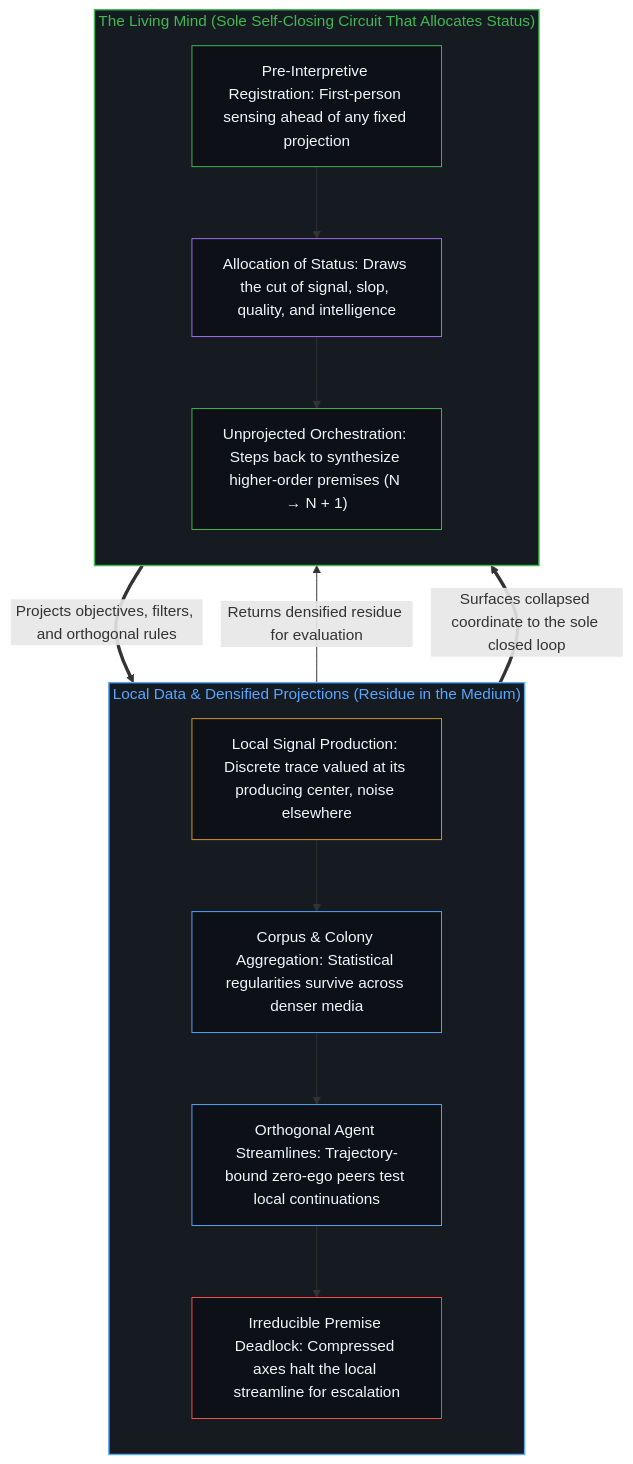
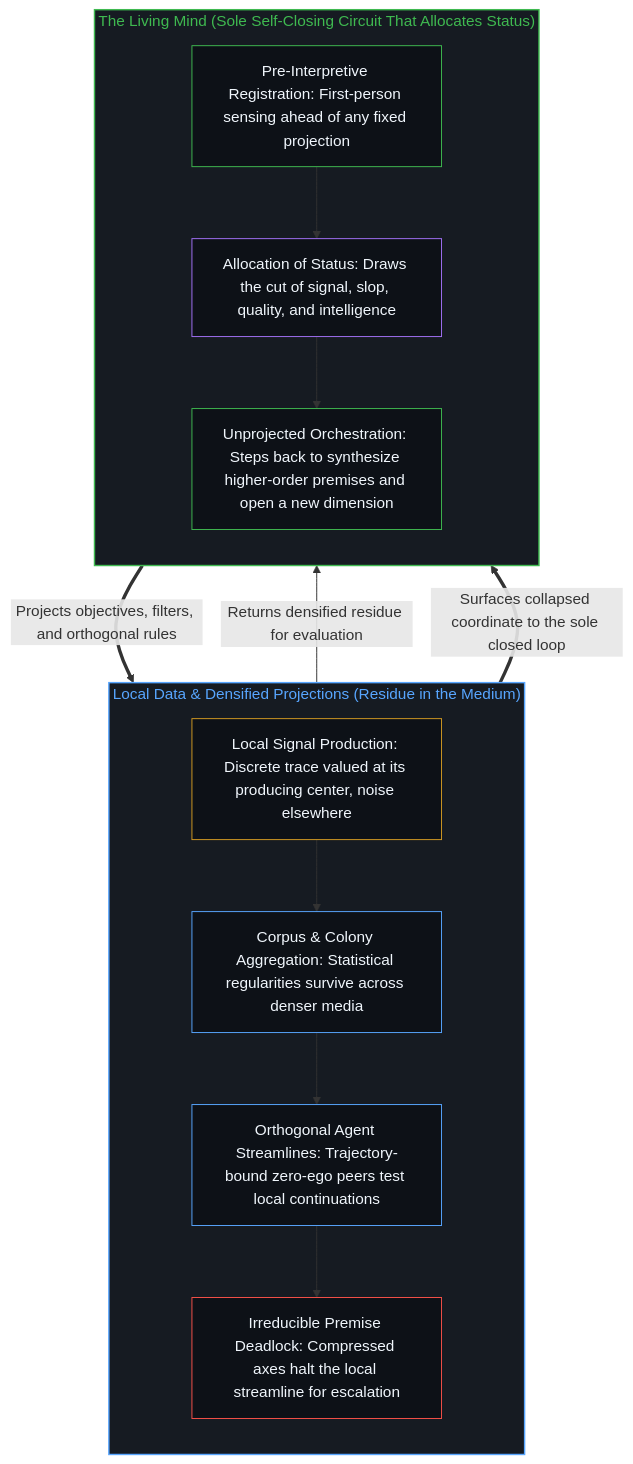
One commit to powerpig99/not-a-toe changed the second of 2 diagrams in content/posts/data-is-local-intelligence-is-allocated.md. Above: the diagram before and after it, drawn with Mermaid. The commit also changed other lines of this file and 12 other files, not shown here.

````diff
--- a/content/posts/data-is-local-intelligence-is-allocated.md
+++ b/content/posts/data-is-local-intelligence-is-allocated.md
@@ -85,33 +85,33 @@
 ```mermaid
 flowchart TD
     subgraph S_Local["Local Data & Densified Projections (Residue in the Medium)"]
         direction TB
         L_Trace["Local Signal Production: Discrete trace valued at its producing center, noise elsewhere"]
         L_Agg["Corpus & Colony Aggregation: Statistical regularities survive across denser media"]
         L_Stream["Orthogonal Agent Streamlines: Trajectory-bound zero-ego peers test local continuations"]
         L_Dead["Irreducible Premise Deadlock: Compressed axes halt the local streamline for escalation"]
         L_Trace --> L_Agg --> L_Stream --> L_Dead
     end
 
     subgraph S_Mind["The Living Mind (Sole Self-Closing Circuit That Allocates Status)"]
         direction TB
         M_Sense["Pre-Interpretive Registration: First-person sensing ahead of any fixed projection"]
         M_Alloc["Allocation of Status: Draws the cut of signal, slop, quality, and intelligence"]
-        M_Orch["Unprojected Orchestration: Steps back to synthesize higher-order premises (N → N + 1)"]
+        M_Orch["Unprojected Orchestration: Steps back to synthesize higher-order premises and open a new dimension"]
         M_Sense --> M_Alloc --> M_Orch
     end
 
     M_Orch ==>|"Projects objectives, filters, and orthogonal rules"| L_Agg
     L_Stream -->|"Returns densified residue for evaluation"| M_Alloc
     L_Dead ==>|"Surfaces collapsed coordinate to the sole closed loop"| M_Sense
 
     style S_Local fill:#161b22,stroke:#58a6ff,stroke-width:1.5px,color:#58a6ff
     style S_Mind fill:#161b22,stroke:#3fb950,stroke-width:1.5px,color:#3fb950
     style L_Trace fill:#0d1117,stroke:#d29922,stroke-width:1px,color:#f0f6fc
     style L_Agg fill:#0d1117,stroke:#58a6ff,stroke-width:1px,color:#f0f6fc
     style L_Stream fill:#0d1117,stroke:#58a6ff,stroke-width:1px,color:#f0f6fc
     style L_Dead fill:#0d1117,stroke:#f85149,stroke-width:1px,color:#f0f6fc
     style M_Sense fill:#0d1117,stroke:#3fb950,stroke-width:1px,color:#f0f6fc
     style M_Alloc fill:#0d1117,stroke:#a371f7,stroke-width:1px,color:#f0f6fc
     style M_Orch fill:#0d1117,stroke:#3fb950,stroke-width:1px,color:#f0f6fc
 ```
````
